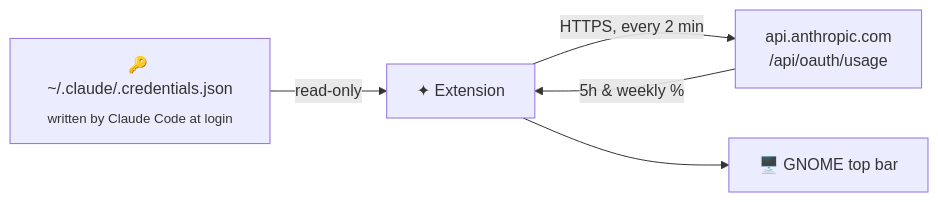
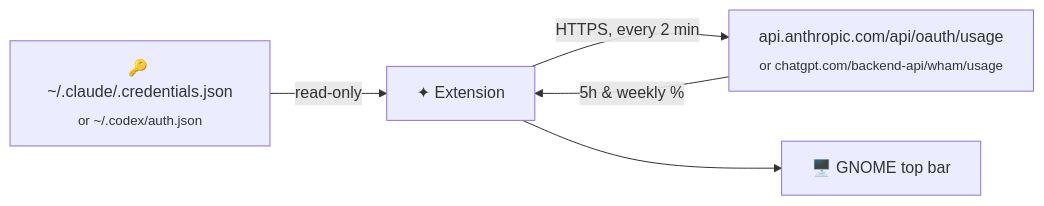
The diagram in README.md (maateusjo/claude-progress-bar), drawn with Mermaid before and after one commit. The commit also changed other lines of this file and 7 other files, not shown here.

````diff
--- a/README.md
+++ b/README.md
@@ -40,7 +41,7 @@
 ```mermaid
 flowchart LR
-    A["🔑 ~/.claude/.credentials.json<br/><sub>written by Claude Code at login</sub>"] -->|read-only| B["✦ Extension"]
-    B -->|"HTTPS, every 2 min"| C["api.anthropic.com<br/>/api/oauth/usage"]
+    A["🔑 ~/.claude/.credentials.json<br/><sub>or ~/.codex/auth.json</sub>"] -->|read-only| B["✦ Extension"]
+    B -->|"HTTPS, every 2 min"| C["api.anthropic.com/api/oauth/usage<br/><sub>or chatgpt.com/backend-api/wham/usage</sub>"]
     C -->|"5h & weekly %"| B
     B --> D["🖥️ GNOME top bar"]
 ```
````
